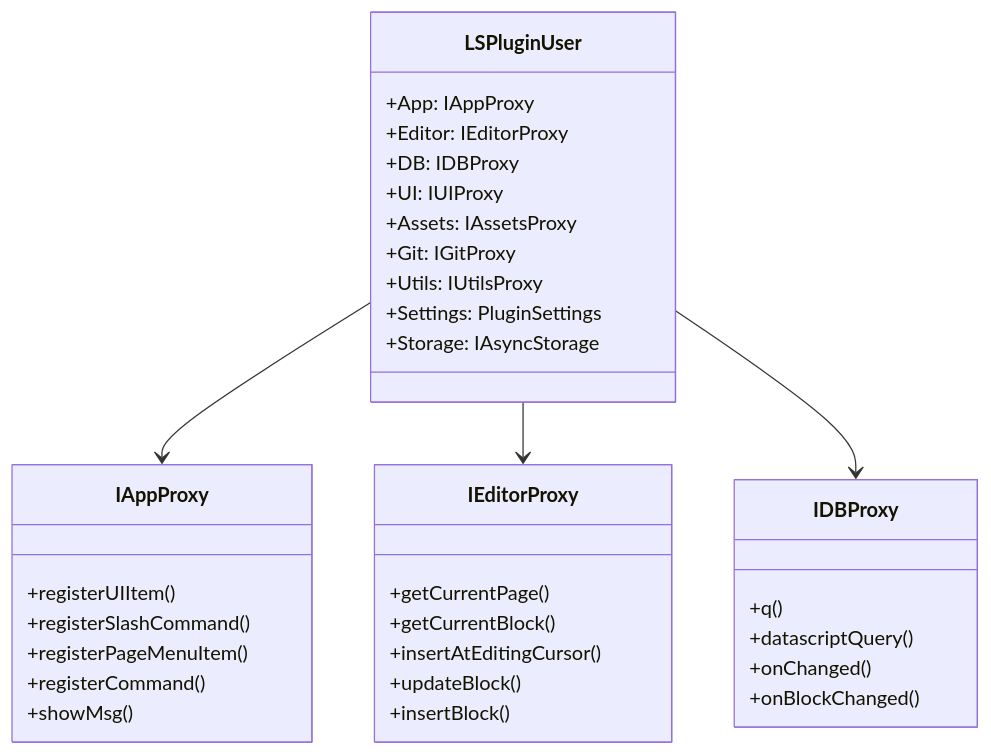
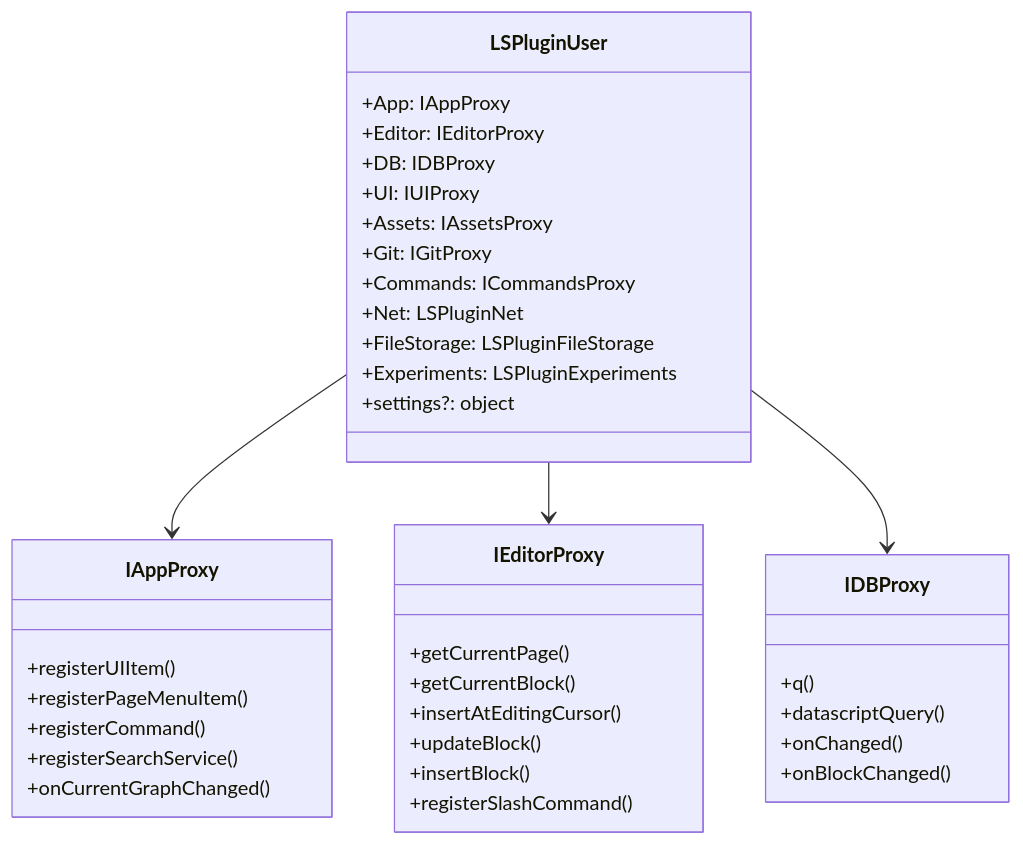
Before and after one commit to hdansou/logseq: the third of 6 diagrams in dz/docs/03-features/plugin-ecosystem/overview.md, drawn with Mermaid. The commit also changed other lines of this file and 140 other files, not shown here.

````diff
--- a/dz/docs/03-features/plugin-ecosystem/overview.md
+++ b/dz/docs/03-features/plugin-ecosystem/overview.md
@@ -163,41 +163,44 @@
 ```mermaid
 classDiagram
     class LSPluginUser {
         +App: IAppProxy
         +Editor: IEditorProxy
         +DB: IDBProxy
         +UI: IUIProxy
         +Assets: IAssetsProxy
         +Git: IGitProxy
-        +Utils: IUtilsProxy
-        +Settings: PluginSettings
-        +Storage: IAsyncStorage
+        +Commands: ICommandsProxy
+        +Net: LSPluginNet
+        +FileStorage: LSPluginFileStorage
+        +Experiments: LSPluginExperiments
+        +settings?: object
     }
 
     class IAppProxy {
         +registerUIItem()
-        +registerSlashCommand()
         +registerPageMenuItem()
         +registerCommand()
-        +showMsg()
+        +registerSearchService()
+        +onCurrentGraphChanged()
     }
 
     class IEditorProxy {
         +getCurrentPage()
         +getCurrentBlock()
         +insertAtEditingCursor()
         +updateBlock()
         +insertBlock()
+        +registerSlashCommand()
     }
 
     class IDBProxy {
         +q()
         +datascriptQuery()
         +onChanged()
         +onBlockChanged()
     }
 
     LSPluginUser --> IAppProxy
     LSPluginUser --> IEditorProxy
     LSPluginUser --> IDBProxy
 ```
````
